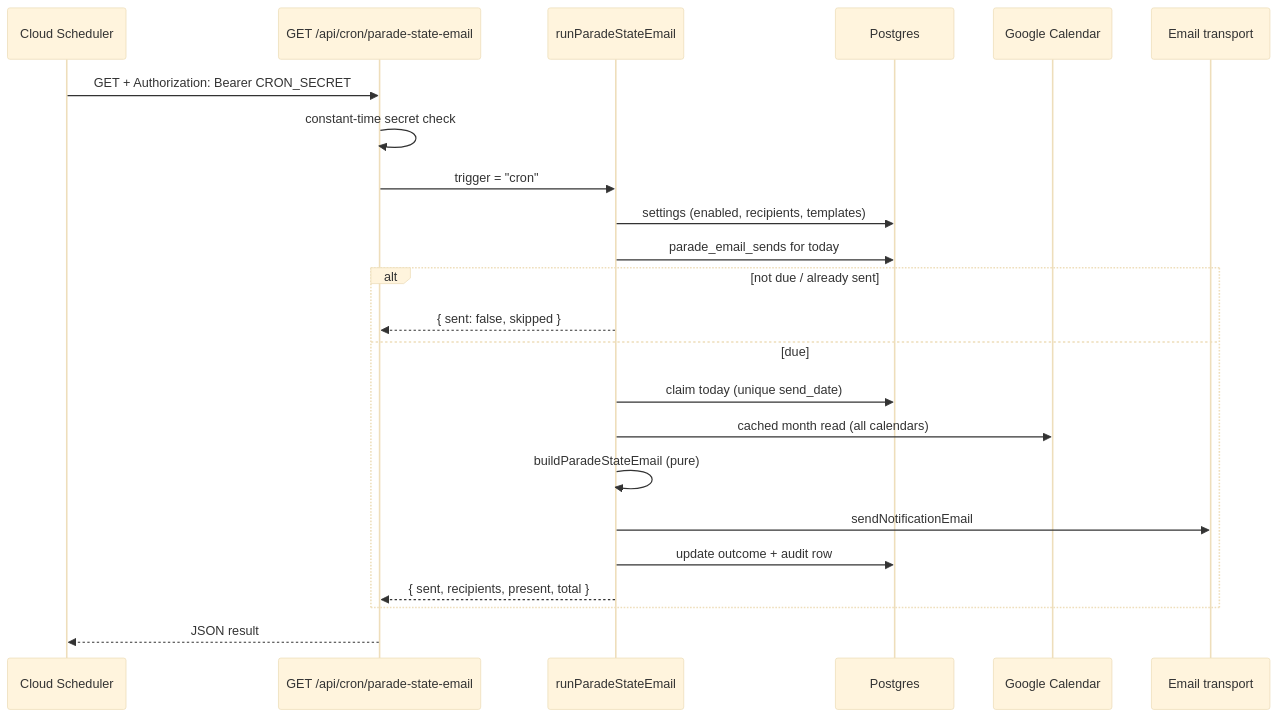
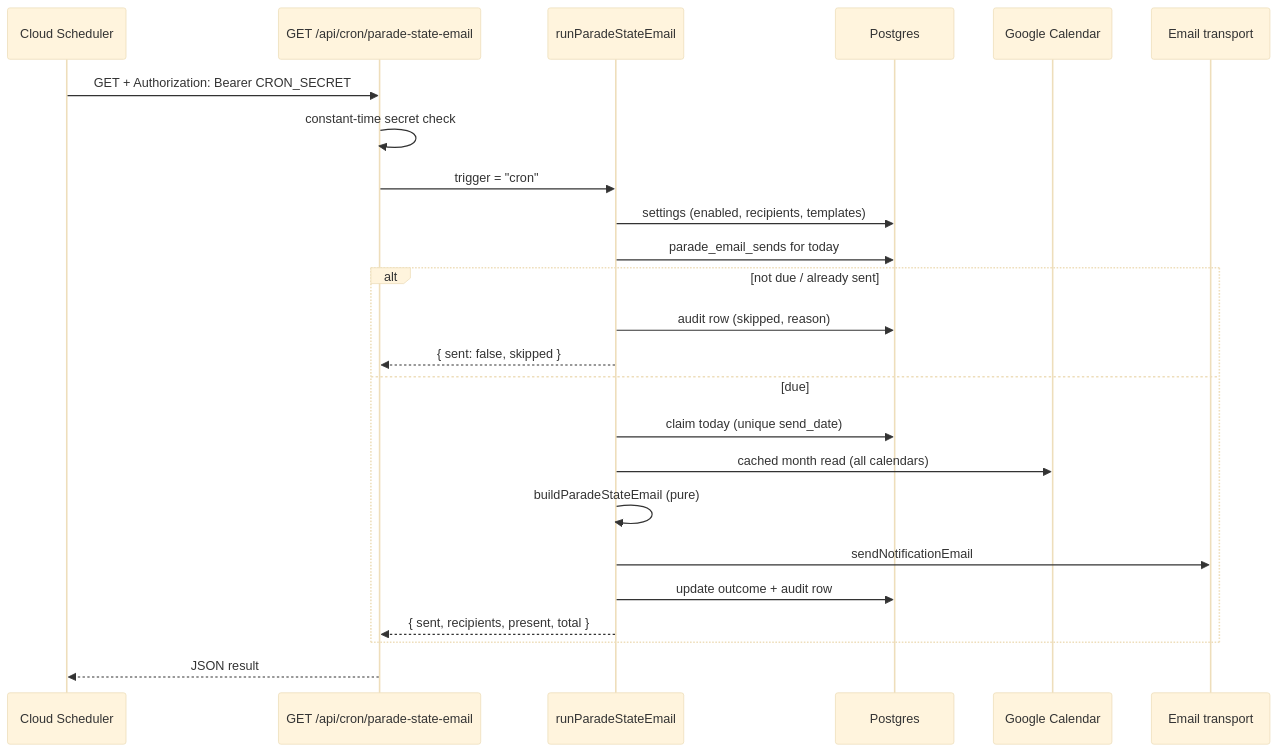
The first of 2 diagrams in docs/parade-state-email.md (oncloudnintynineone-source/cloudy2), drawn with Mermaid (base theme) before and after one commit. The commit also changed other lines of this file and 8 other files, not shown here.

````diff
--- a/docs/parade-state-email.md
+++ b/docs/parade-state-email.md
@@ -22,25 +22,26 @@
 ```mermaid
 sequenceDiagram
  participant S as Cloud Scheduler
  participant R as GET /api/cron/parade-state-email
  participant D as runParadeStateEmail
  participant DB as Postgres
  participant G as Google Calendar
  participant M as Email transport
  S->>R: GET + Authorization: Bearer CRON_SECRET
  R->>R: constant-time secret check
  R->>D: trigger = "cron"
  D->>DB: settings (enabled, recipients, templates)
  D->>DB: parade_email_sends for today
  alt not due / already sent
+  D->>DB: audit row (skipped, reason)
   D-->>R: { sent: false, skipped }
  else due
   D->>DB: claim today (unique send_date)
   D->>G: cached month read (all calendars)
   D->>D: buildParadeStateEmail (pure)
   D->>M: sendNotificationEmail
   D->>DB: update outcome + audit row
   D-->>R: { sent, recipients, present, total }
  end
  R-->>S: JSON result
 ```
````
